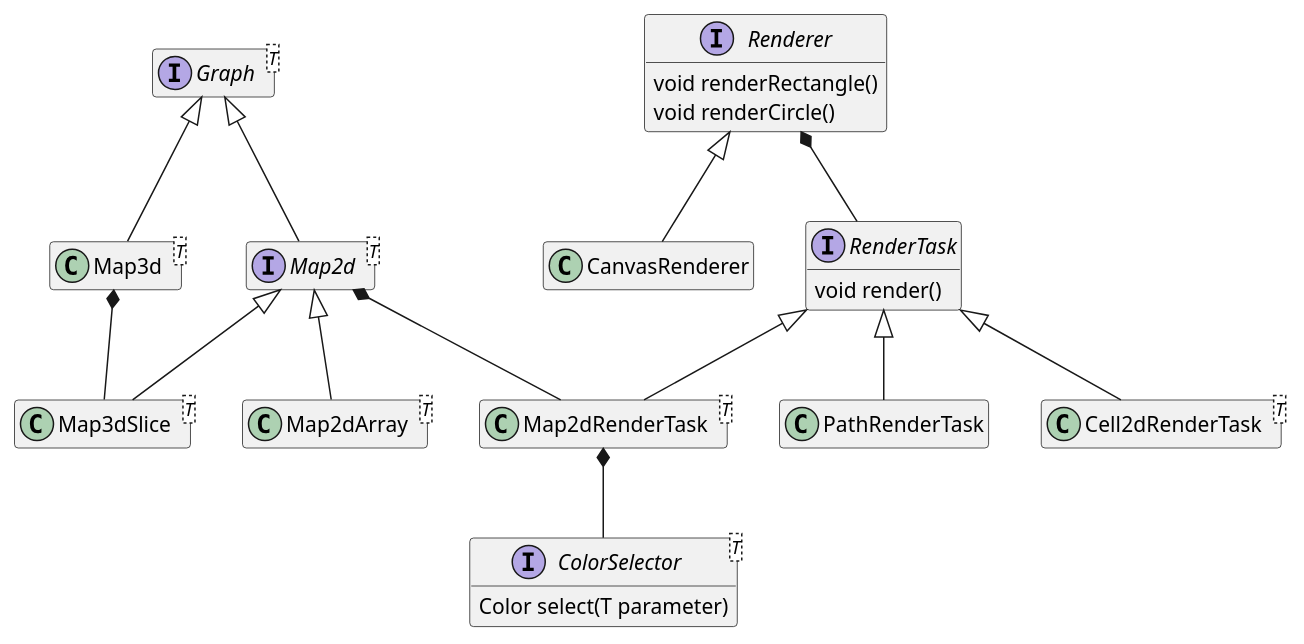
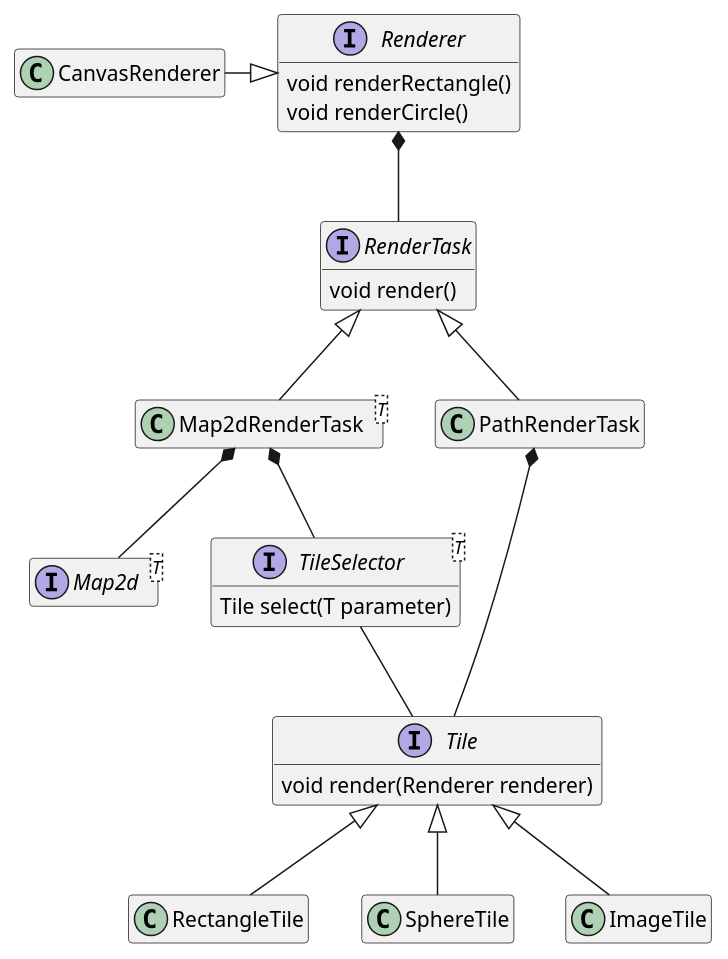
One commit to Orchaldir/Arena changed the diagram in docs/design/graphic/overview.puml. Above: the diagram before and after it, drawn with PlantUML. The commit also changed 1 other file, not shown here.

Commit message:
[#1] Improve graphics design

```diff
--- a/docs/design/graphic/overview.puml
+++ b/docs/design/graphic/overview.puml
@@ -1,47 +1,44 @@
 @startuml
 
 hide empty members
 
-interface Graph<T>
+interface Tile {
+  void render(Renderer renderer)
+}
+
 interface Map2d<T>
-class Map2dArray<T>
-class Map3d<T>
-class Map3dSlice<T>
 
 interface Renderer {
   void renderRectangle()
   void renderCircle()
 }
 class CanvasRenderer
 
 interface RenderTask {
   void render()
 }
 class Map2dRenderTask<T>
-class Cell2dRenderTask<T>
 class PathRenderTask
 
-interface ColorSelector<T> {
-  Color select(T parameter)
+interface TileSelector<T> {
+  Tile select(T parameter)
 }
 
-Graph <|-- Map2d
-Graph <|-- Map3d
+Tile <|-- RectangleTile
+Tile <|-- SphereTile
+Tile <|-- ImageTile
 
-Map2d <|-- Map2dArray
-Map2d <|-- Map3dSlice
-Map2d *-- Map2dRenderTask
-
-Map3d *-- Map3dSlice
-
-Renderer <|-- CanvasRenderer
+Renderer <|-left- CanvasRenderer
 Renderer *-- RenderTask
 
-Map2dRenderTask *-- ColorSelector
+Map2dRenderTask *-- Map2d
+Map2dRenderTask *-- TileSelector
+
+PathRenderTask *-- Tile
+
+TileSelector -- Tile
 
 RenderTask <|-- Map2dRenderTask
-RenderTask <|-- Cell2dRenderTask
 RenderTask <|-- PathRenderTask
 
-
 @enduml
```
